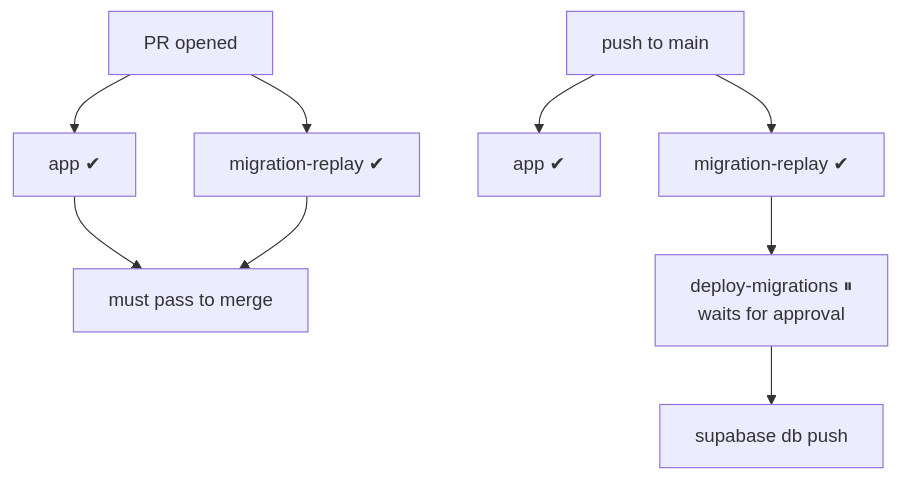
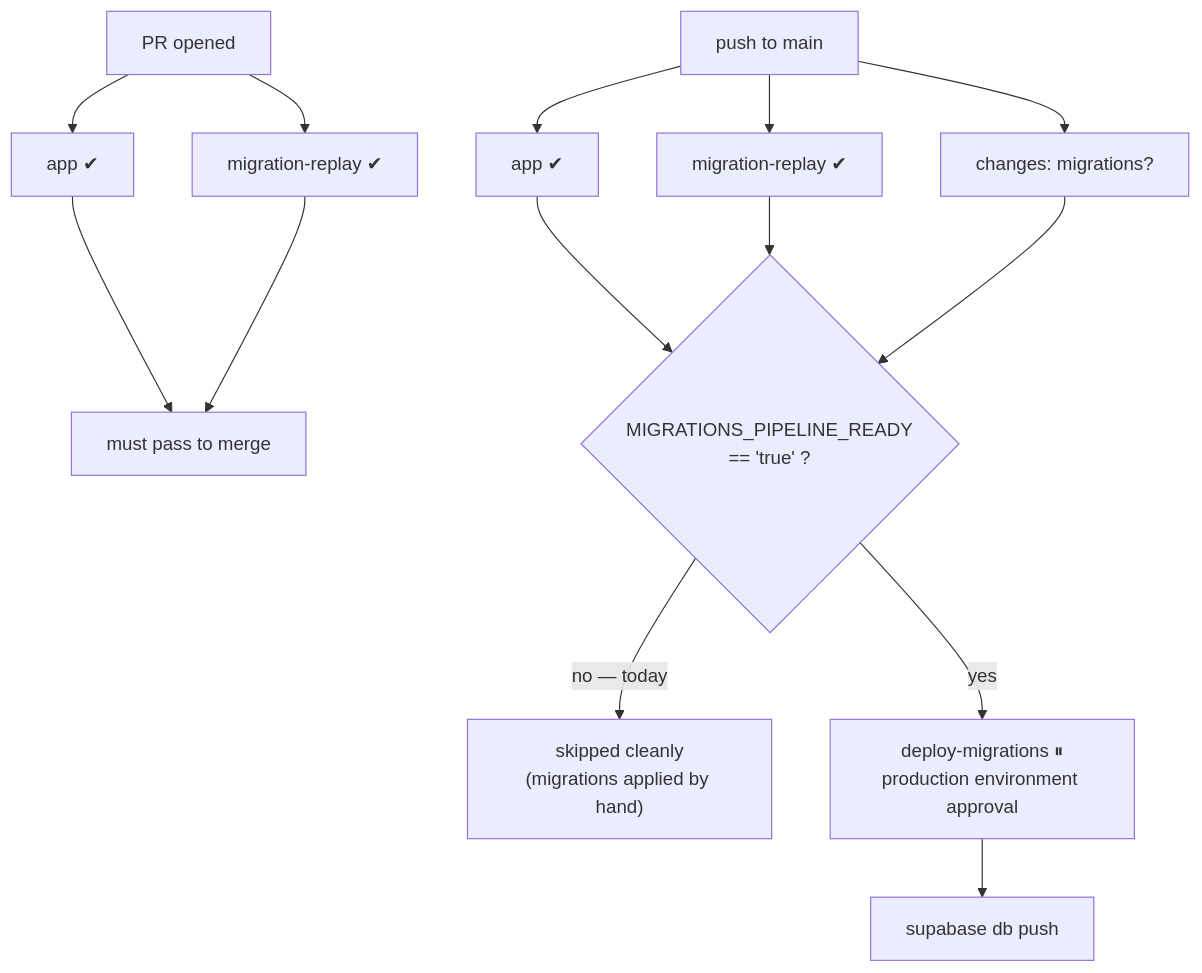
Before and after one commit to Saken-Community-Management/saken-docs: the diagram in content/operations/ci-cd.mdx, drawn with Mermaid. The commit also changed other lines of this file and 39 other files, not shown here.

````diff
--- a/content/operations/ci-cd.mdx
+++ b/content/operations/ci-cd.mdx
@@ -17,10 +59,13 @@
 ```mermaid
 flowchart TD
     PR[PR opened] --> App1[app ✔]
     PR --> Rep1[migration-replay ✔]
     App1 & Rep1 --> Merge[must pass to merge]
     Push[push to main] --> App2[app ✔]
     Push --> Rep2[migration-replay ✔]
-    Rep2 --> Deploy["deploy-migrations ⏸<br/>waits for approval"]
+    Push --> Chg[changes: migrations?]
+    App2 & Rep2 & Chg --> Gate{"MIGRATIONS_PIPELINE_READY<br/>== 'true' ?"}
+    Gate -->|no — today| Skip["skipped cleanly<br/>(migrations applied by hand)"]
+    Gate -->|yes| Deploy["deploy-migrations ⏸<br/>production environment approval"]
     Deploy --> DBpush[supabase db push]
 ```
````
